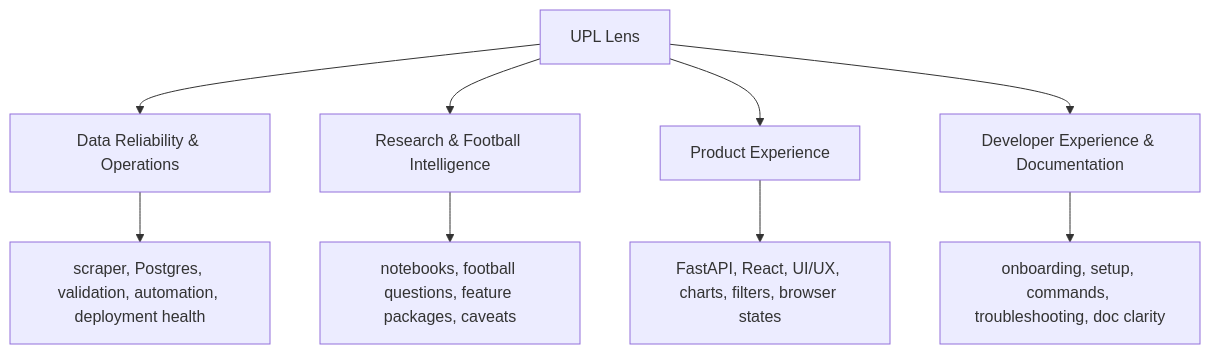
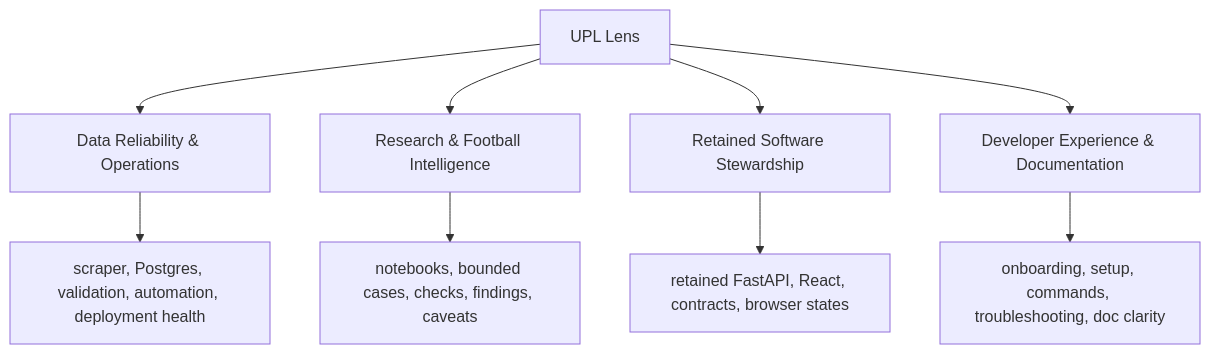
The diagram in docs/START_HERE.md (humphrey-nyanzi/UPL-goal-timing), drawn with Mermaid before and after one commit. The commit also changed other lines of this file and 2 other files, not shown here.

Commit message:
docs: correct architecture transition details

````diff
--- a/docs/START_HERE.md
+++ b/docs/START_HERE.md
@@ -164,12 +164,12 @@
 ```mermaid
 flowchart TD
     A["UPL Lens"] --> B["Data Reliability & Operations"]
     A --> C["Research & Football Intelligence"]
-    A --> D["Product Experience"]
+    A --> D["Retained Software Stewardship"]
     A --> E["Developer Experience & Documentation"]
 
     B --> B1["scraper, Postgres, validation, automation, deployment health"]
-    C --> C1["notebooks, football questions, feature packages, caveats"]
-    D --> D1["FastAPI, React, UI/UX, charts, filters, browser states"]
+    C --> C1["notebooks, bounded cases, checks, findings, caveats"]
+    D --> D1["retained FastAPI, React, contracts, browser states"]
     E --> E1["onboarding, setup, commands, troubleshooting, doc clarity"]
 ```
````
